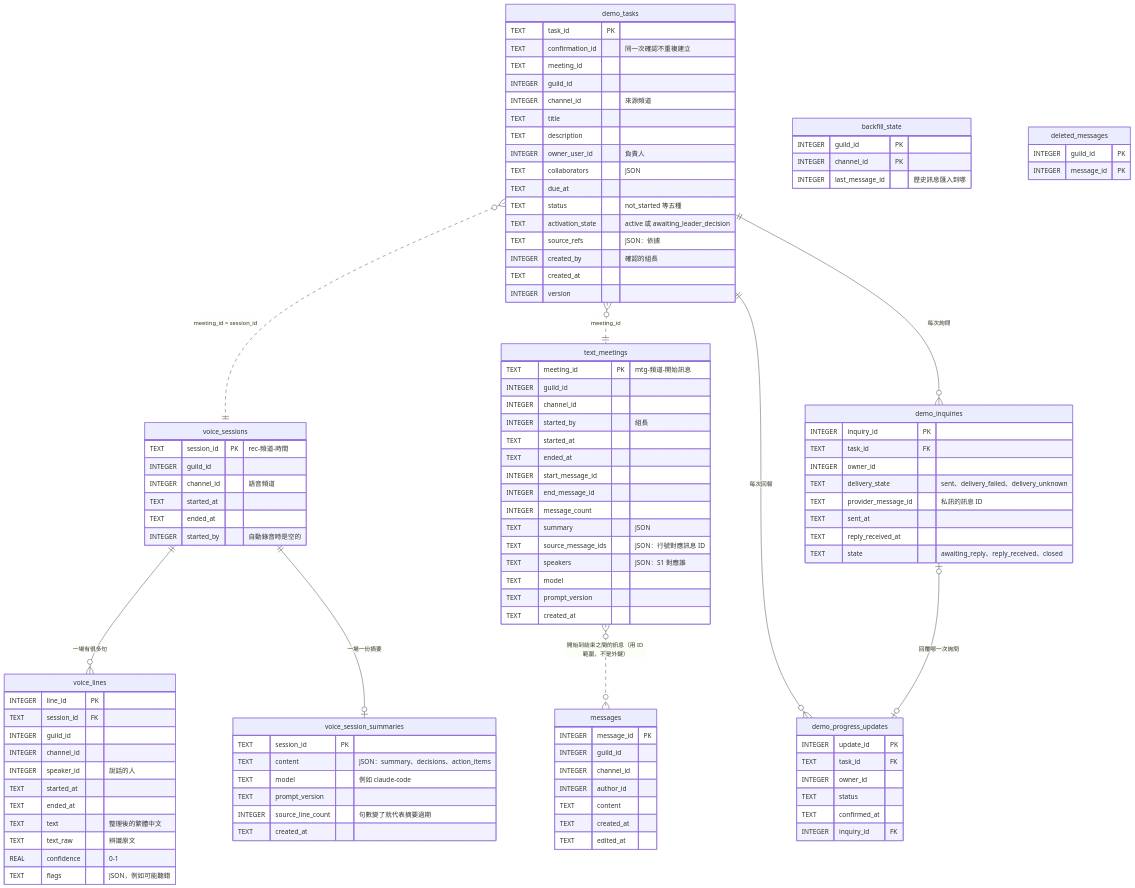
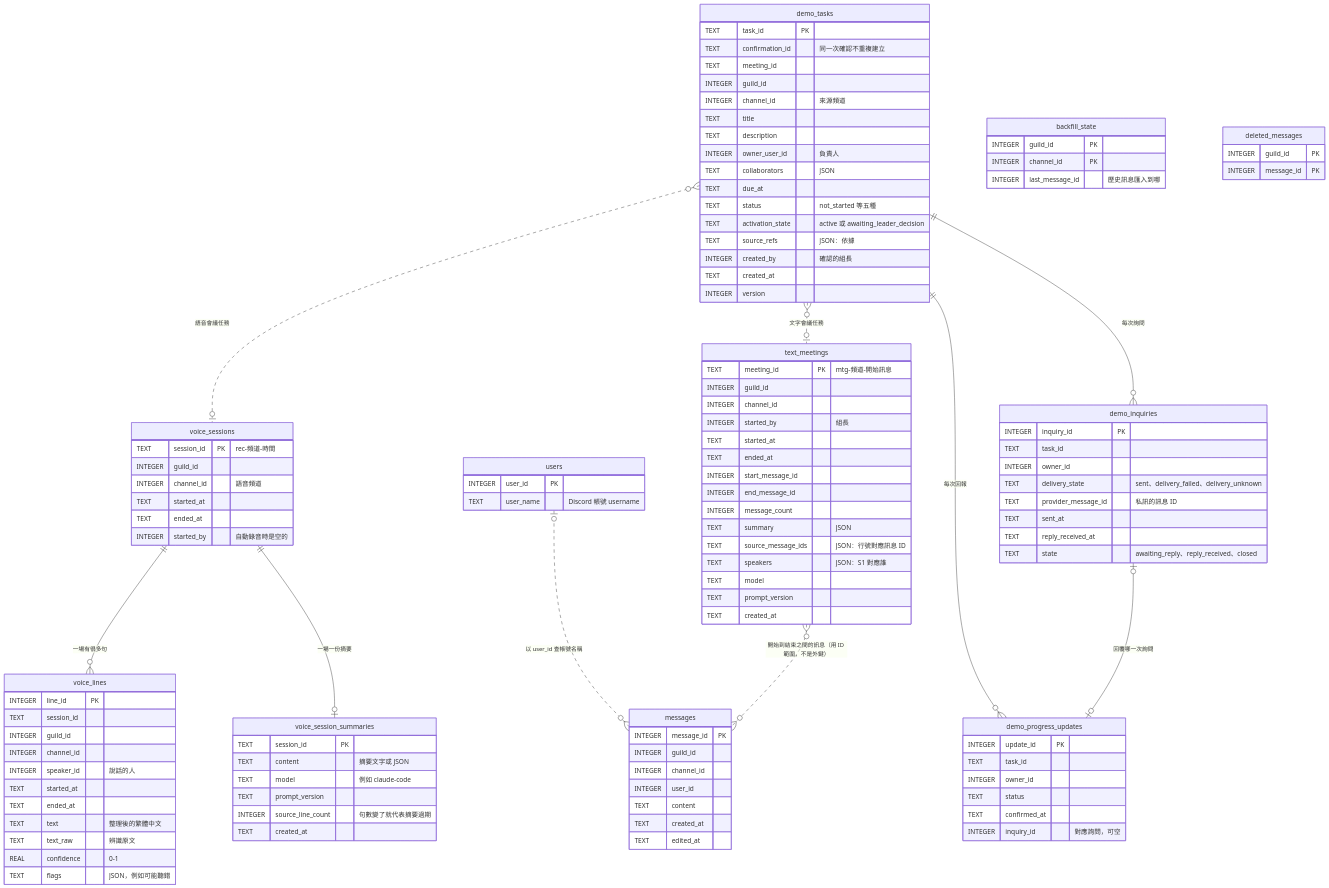
Before and after one commit to tino455131/2026_AISP: the diagram in docs/database_schema.md, drawn with Mermaid. The commit also changed other lines of this file and 29 other files, not shown here.

````diff
--- a/docs/database_schema.md
+++ b/docs/database_schema.md
@@ -25,10 +28,11 @@
 ```mermaid
 erDiagram
+  users |o..o{ messages : "以 user_id 查帳號名稱"
   voice_sessions ||--o{ voice_lines : "一場有很多句"
   voice_sessions ||--o| voice_session_summaries : "一場一份摘要"
   text_meetings }o..o{ messages : "開始到結束之間的訊息（用 ID 範圍，不是外鍵）"
-  demo_tasks }o..|| voice_sessions : "meeting_id = session_id"
-  demo_tasks }o..|| text_meetings : "meeting_id"
+  demo_tasks }o..o| voice_sessions : "語音會議任務"
+  demo_tasks }o..o| text_meetings : "文字會議任務"
   demo_tasks ||--o{ demo_inquiries : "每次詢問"
   demo_tasks ||--o{ demo_progress_updates : "每次回報"
   demo_inquiries |o--o| demo_progress_updates : "回覆哪一次詢問"
@@ -43,7 +47,7 @@
   }
   voice_lines {
     INTEGER line_id PK
-    TEXT session_id FK
+    TEXT session_id
     INTEGER guild_id
     INTEGER channel_id
     INTEGER speaker_id "說話的人"
@@ -56,17 +60,21 @@
   }
   voice_session_summaries {
     TEXT session_id PK
-    TEXT content "JSON：summary、decisions、action_items"
+    TEXT content "摘要文字或 JSON"
     TEXT model "例如 claude-code"
     TEXT prompt_version
     INTEGER source_line_count "句數變了就代表摘要過期"
     TEXT created_at
   }
+  users {
+    INTEGER user_id PK
+    TEXT user_name "Discord 帳號 username"
+  }
   messages {
     INTEGER message_id PK
     INTEGER guild_id
     INTEGER channel_id
-    INTEGER author_id
+    INTEGER user_id
     TEXT content
     TEXT created_at
     TEXT edited_at
@@ -117,7 +125,7 @@
   }
   demo_inquiries {
     INTEGER inquiry_id PK
-    TEXT task_id FK
+    TEXT task_id
     INTEGER owner_id
     TEXT delivery_state "sent、delivery_failed、delivery_unknown"
     TEXT provider_message_id "私訊的訊息 ID"
@@ -127,10 +135,10 @@
   }
   demo_progress_updates {
     INTEGER update_id PK
-    TEXT task_id FK
+    TEXT task_id
     INTEGER owner_id
     TEXT status
     TEXT confirmed_at
-    INTEGER inquiry_id FK
+    INTEGER inquiry_id "對應詢問，可空"
   }
 ```
````
